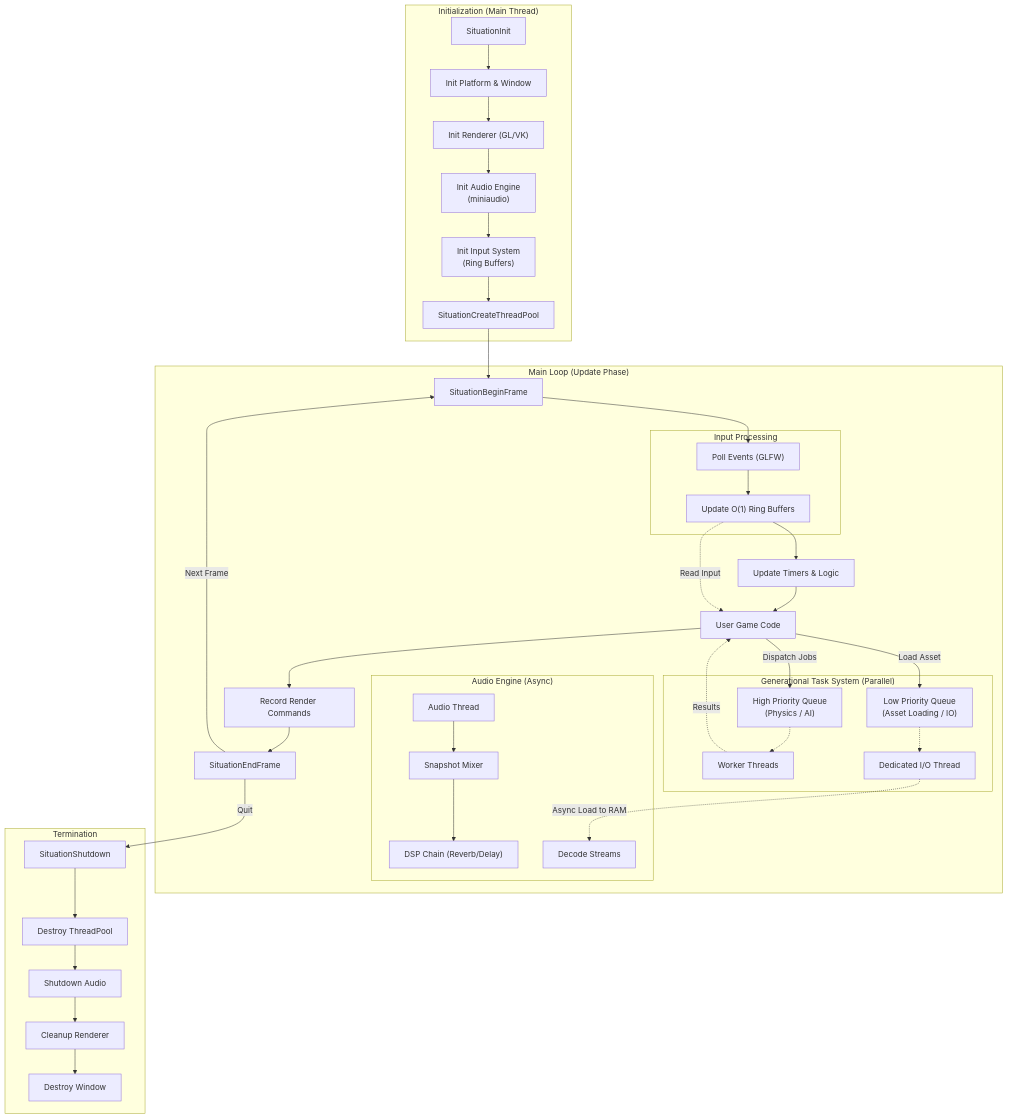
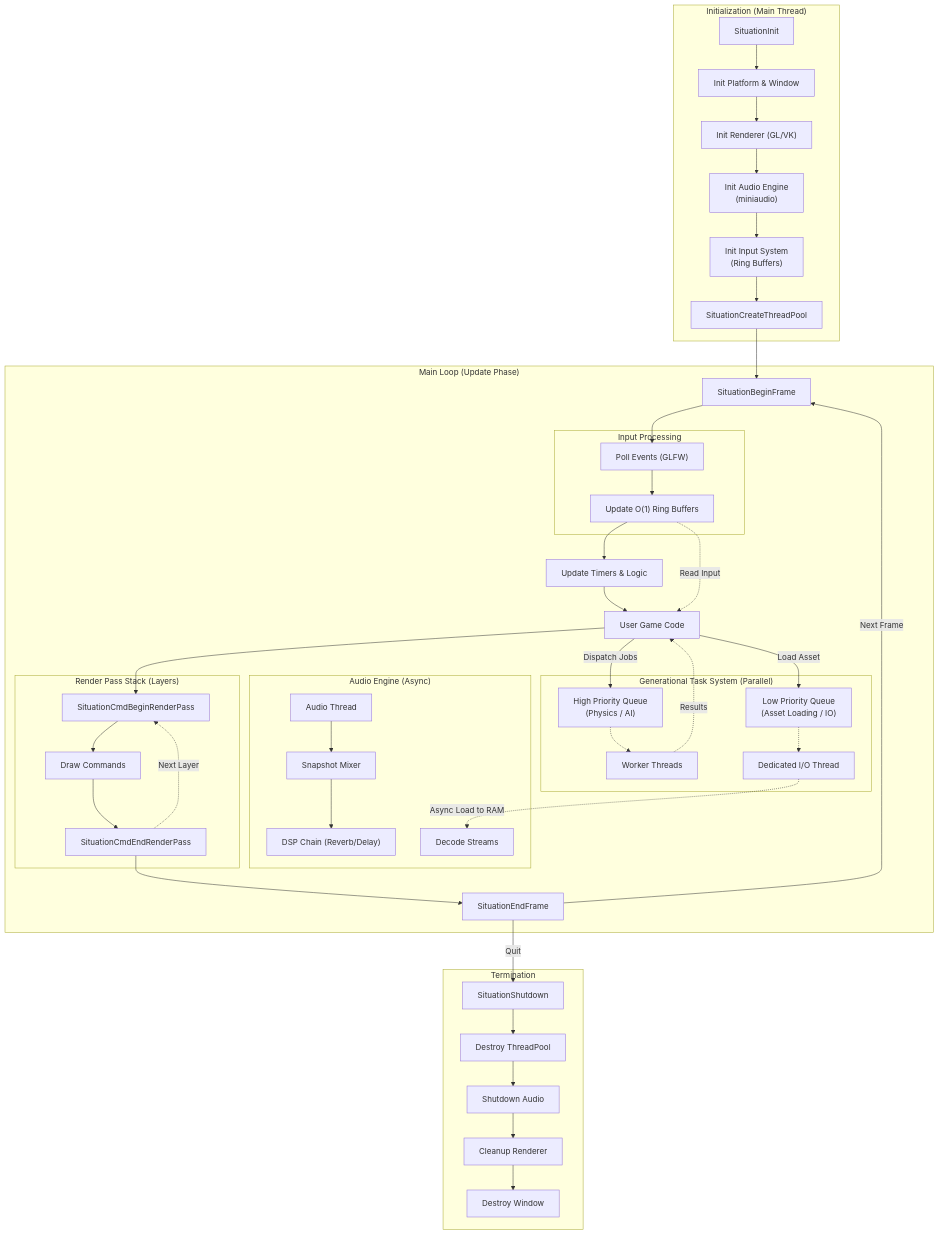
One commit to jmorel33/situation changed the first of 3 diagrams in README.md. Above: the diagram before and after it, drawn with Mermaid. The commit also changed other lines of this file and 1 other file, not shown here.

Commit message:
docs: update Mermaid diagrams to reflect render pass stack refactor

````diff
--- a/README.md
+++ b/README.md
@@ -197,69 +197,76 @@
 ```mermaid
 graph TD
     %% Main Lifecycle
     subgraph Init ["Initialization (Main Thread)"]
         I1["SituationInit"]
         I2["Init Platform & Window"]
         I3["Init Renderer (GL/VK)"]
         I4["Init Audio Engine<br/>(miniaudio)"]
         I5["Init Input System<br/>(Ring Buffers)"]
         I6["SituationCreateThreadPool"]
     end
 
     subgraph Loop ["Main Loop (Update Phase)"]
         L1["SituationBeginFrame"]
 
         subgraph Input ["Input Processing"]
             IN1["Poll Events (GLFW)"]
             IN2["Update O(1) Ring Buffers"]
         end
 
         subgraph TaskSystem ["Generational Task System (Parallel)"]
             TS1["High Priority Queue<br/>(Physics / AI)"]
             TS2["Low Priority Queue<br/>(Asset Loading / IO)"]
             TS_W["Worker Threads"]
             TS_IO["Dedicated I/O Thread"]
 
             TS1 -.-> TS_W
             TS2 -.-> TS_IO
         end
 
         subgraph Audio ["Audio Engine (Async)"]
             AU1["Audio Thread"]
             AU2["Snapshot Mixer"]
             AU3["DSP Chain (Reverb/Delay)"]
             AU4["Decode Streams"]
 
             AU1 --> AU2 --> AU3
             TS_IO -. "Async Load to RAM" .-> AU4
         end
 
         L2["Update Timers & Logic"]
         L3["User Game Code"]
-        L4["Record Render Commands"]
+        subgraph RenderStack ["Render Pass Stack (Layers)"]
+            L4a["SituationCmdBeginRenderPass"]
+            L4b["Draw Commands"]
+            L4c["SituationCmdEndRenderPass"]
+            L4a --> L4b --> L4c
+            L4c -. "Next Layer" .-> L4a
+        end
         L5["SituationEndFrame"]
     end
 
     subgraph Exit ["Termination"]
         E1["SituationShutdown"]
         E2["Destroy ThreadPool"]
         E3["Shutdown Audio"]
         E4["Cleanup Renderer"]
         E5["Destroy Window"]
     end
 
     %% Flow Connections
     I1 --> I2 --> I3 --> I4 --> I5 --> I6 --> L1
     L1 --> IN1 --> IN2 --> L2
     L2 --> L3
     L3 -- "Dispatch Jobs" --> TS1
     L3 -- "Load Asset" --> TS2
-    L3 --> L4 --> L5
+    L3 --> L4a
+    L4c --> L5
     L5 -- "Next Frame" --> L1
     L5 -- "Quit" --> E1
     E1 --> E2 --> E3 --> E4 --> E5
 
     %% Data Dependencies
     IN2 -. "Read Input" .-> L3
     TS_W -. "Results" .-> L3
 ```
````
